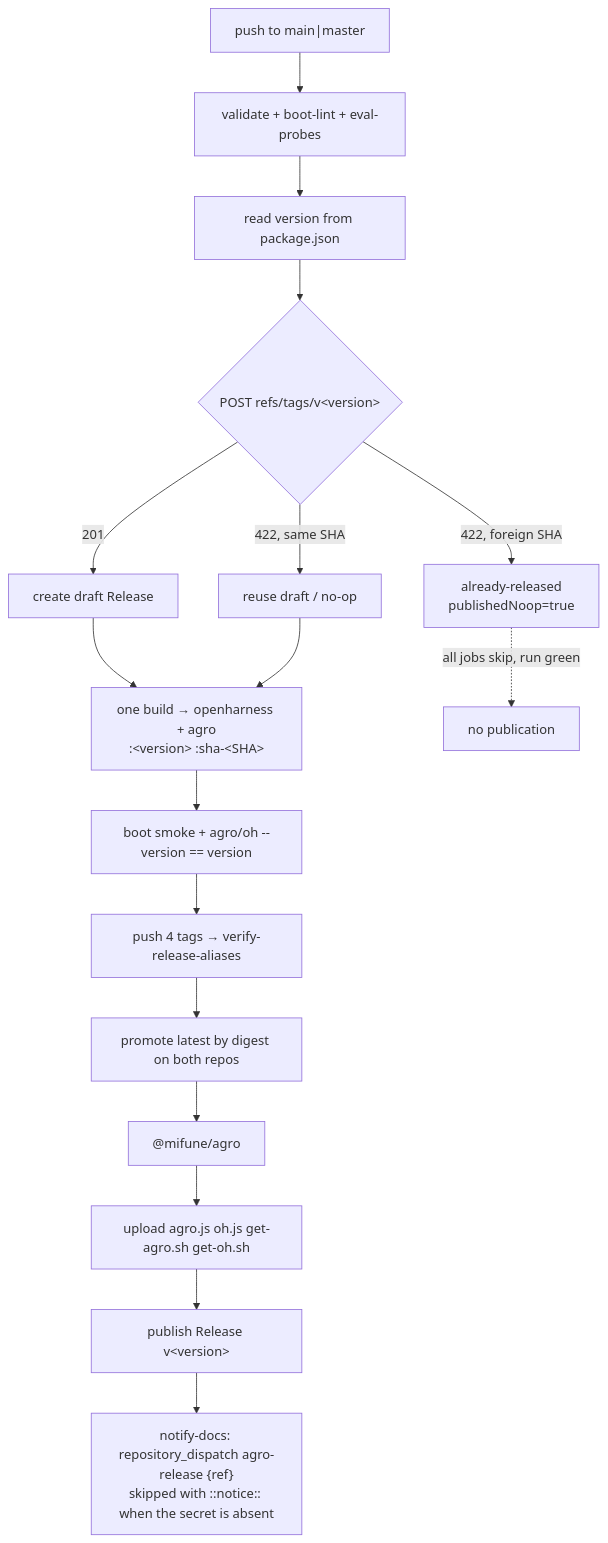
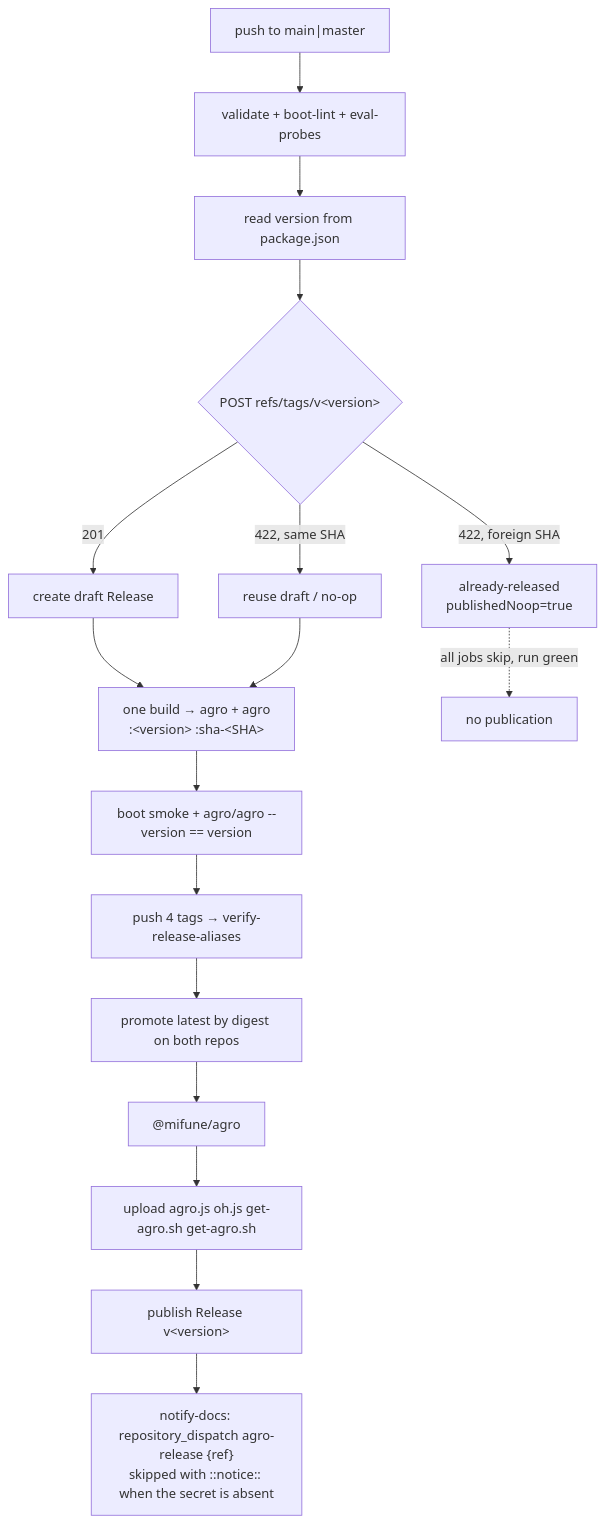
Before and after one commit to mifunedev/agro: the diagram in .agro/knowledge/source/release-versioning.md, drawn with Mermaid. The commit also changed other lines of this file and 304 other files, not shown here.

````diff
--- a/.agro/knowledge/source/release-versioning.md
+++ b/.agro/knowledge/source/release-versioning.md
@@ -76,19 +76,19 @@
 ```mermaid
 flowchart TD
     PUSH["push to main|master"] --> GATE["validate + boot-lint + eval-probes"]
     GATE --> READ["read version from package.json"]
     READ --> RESERVE{"POST refs/tags/v&lt;version&gt;"}
     RESERVE -->|201| DRAFT["create draft Release"]
     RESERVE -->|422, same SHA| RECOVER["reuse draft / no-op"]
     RESERVE -->|422, foreign SHA| SKIP["already-released<br/>publishedNoop=true"]
-    DRAFT --> IMAGE["one build → openharness + agro<br/>:&lt;version&gt; :sha-&lt;SHA&gt;"]
+    DRAFT --> IMAGE["one build → agro + agro<br/>:&lt;version&gt; :sha-&lt;SHA&gt;"]
     RECOVER --> IMAGE
-    IMAGE --> SMOKE["boot smoke + agro/oh --version == version"]
+    IMAGE --> SMOKE["boot smoke + agro/agro --version == version"]
     SMOKE --> PUSHIMG["push 4 tags → verify-release-aliases"]
     PUSHIMG --> LATEST["promote latest by digest on both repos"]
     LATEST --> NPM["@mifune/agro"]
-    NPM --> ASSETS["upload agro.js oh.js get-agro.sh get-oh.sh"]
+    NPM --> ASSETS["upload agro.js oh.js get-agro.sh get-agro.sh"]
     ASSETS --> FINAL["publish Release v&lt;version&gt;"]
     FINAL --> NOTIFY["notify-docs: repository_dispatch agro-release {ref}<br/>skipped with ::notice:: when the secret is absent"]
     SKIP -.->|all jobs skip, run green| DONE["no publication"]
 ```
````
